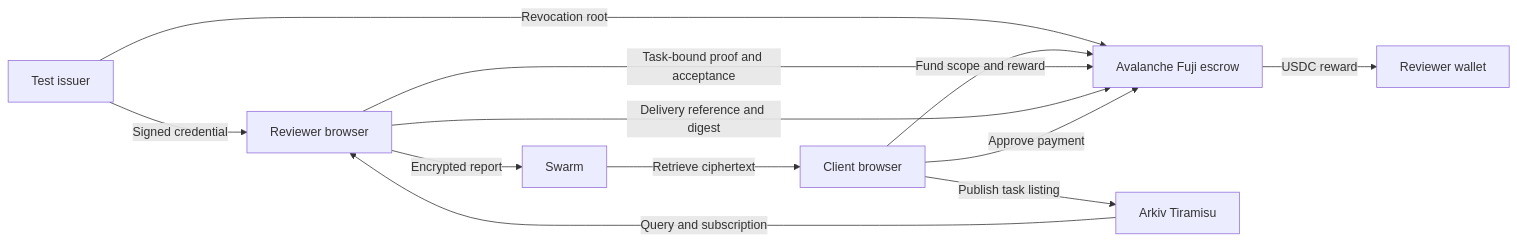
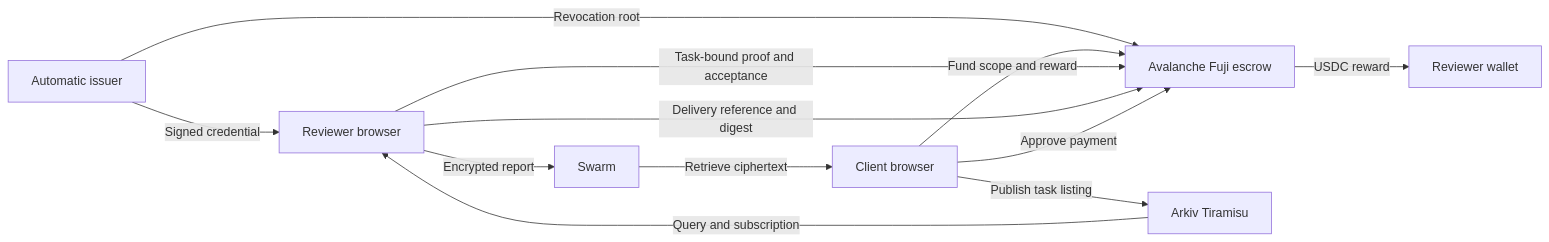
The diagram in docs/deaddrop/ARCHITECTURE.md (MihRazvan/eth-rome-2026), drawn with Mermaid before and after one commit. The commit also changed other lines of this file and 11 other files, not shown here.

Commit message:
Explain open reviewer enrollment and automatic task acceptance

````diff
--- a/docs/deaddrop/ARCHITECTURE.md
+++ b/docs/deaddrop/ARCHITECTURE.md
@@ -9,14 +9,14 @@
 ```mermaid
 flowchart LR
-    I["Test issuer"] -->|"Signed credential"| R["Reviewer browser"]
+    I["Automatic issuer"] -->|"Signed credential"| R["Reviewer browser"]
     I -->|"Revocation root"| F["Avalanche Fuji escrow"]
     C["Client browser"] -->|"Fund scope and reward"| F
     C -->|"Publish task listing"| A["Arkiv Tiramisu"]
     A -->|"Query and subscription"| R
     R -->|"Task-bound proof and acceptance"| F
     R -->|"Encrypted report"| S["Swarm"]
     R -->|"Delivery reference and digest"| F
     S -->|"Retrieve ciphertext"| C
     C -->|"Approve payment"| F
     F -->|"USDC reward"| W["Reviewer wallet"]
 ```
````
